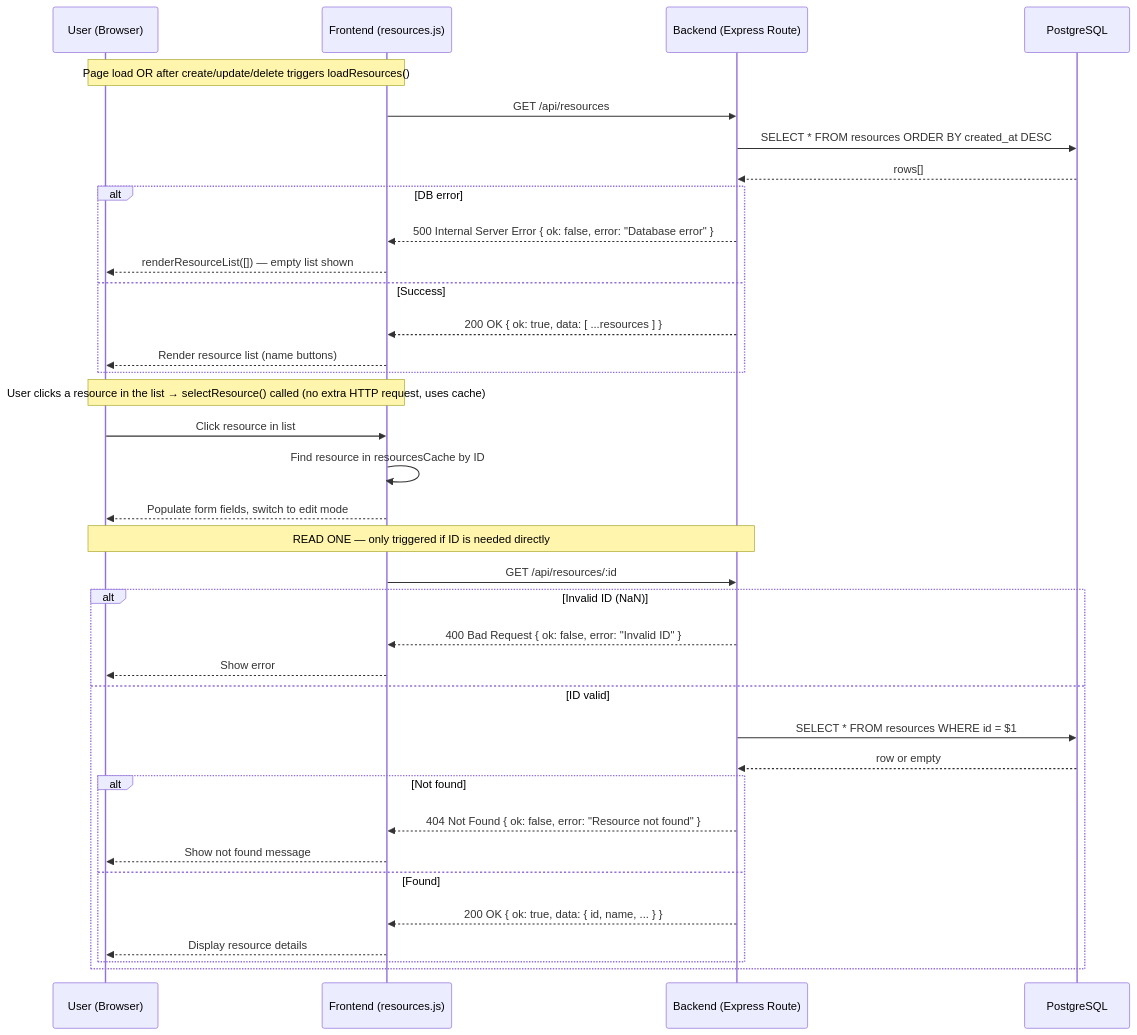
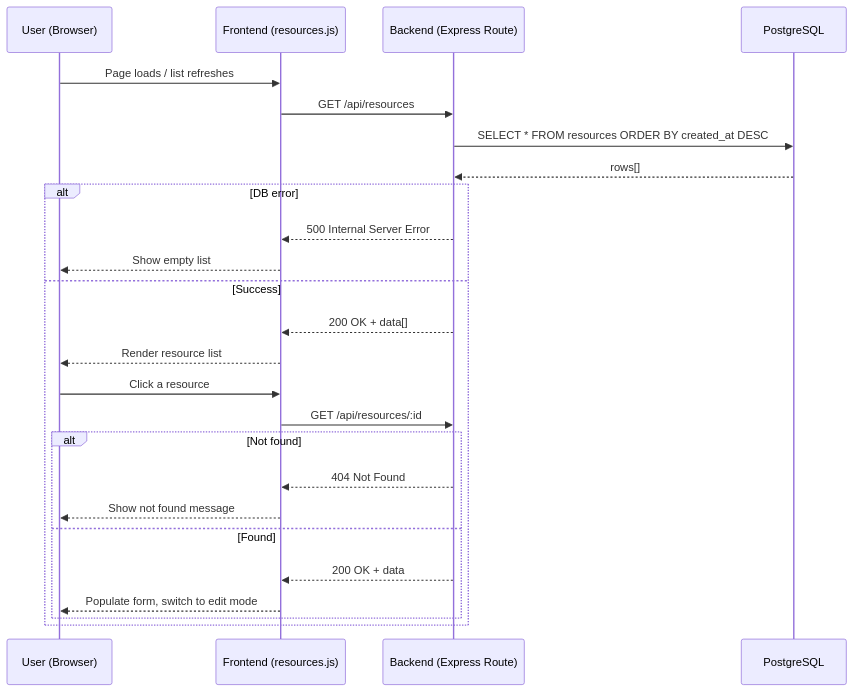
The second of 4 diagrams in BookingSystem/Phase6/G1_CRUD_DataFlow.md (IbnBaqqi/adv-web), drawn with Mermaid before and after one commit. The commit also changed other lines of this file, not shown here.

````diff
--- a/BookingSystem/Phase6/G1_CRUD_DataFlow.md
+++ b/BookingSystem/Phase6/G1_CRUD_DataFlow.md
@@ -46,48 +47,32 @@
 ```mermaid
 sequenceDiagram
     participant U as User (Browser)
     participant F as Frontend (resources.js)
     participant B as Backend (Express Route)
     participant DB as PostgreSQL
 
-    Note over U,F: Page load OR after create/update/delete triggers loadResources()
-
+    U->>F: Page loads / list refreshes
     F->>B: GET /api/resources
 
     B->>DB: SELECT * FROM resources ORDER BY created_at DESC
     DB-->>B: rows[]
 
     alt DB error
-        B-->>F: 500 Internal Server Error { ok: false, error: "Database error" }
-        F-->>U: renderResourceList([]) — empty list shown
+        B-->>F: 500 Internal Server Error
+        F-->>U: Show empty list
     else Success
-        B-->>F: 200 OK { ok: true, data: [ ...resources ] }
-        F-->>U: Render resource list (name buttons)
-    end
+        B-->>F: 200 OK + data[]
+        F-->>U: Render resource list
 
-    Note over U,F: User clicks a resource in the list → selectResource() called (no extra HTTP request, uses cache)
-
-    U->>F: Click resource in list
-    F->>F: Find resource in resourcesCache by ID
-    F-->>U: Populate form fields, switch to edit mode
-
-    Note over U,B: READ ONE — only triggered if ID is needed directly
-
-    F->>B: GET /api/resources/:id
-
-    alt Invalid ID (NaN)
-        B-->>F: 400 Bad Request { ok: false, error: "Invalid ID" }
-        F-->>U: Show error
-    else ID valid
-        B->>DB: SELECT * FROM resources WHERE id = $1
-        DB-->>B: row or empty
+        U->>F: Click a resource
+        F->>B: GET /api/resources/:id
 
         alt Not found
-            B-->>F: 404 Not Found { ok: false, error: "Resource not found" }
+            B-->>F: 404 Not Found
             F-->>U: Show not found message
         else Found
-            B-->>F: 200 OK { ok: true, data: { id, name, ... } }
-            F-->>U: Display resource details
+            B-->>F: 200 OK + data
+            F-->>U: Populate form, switch to edit mode
         end
     end
 ```
````
